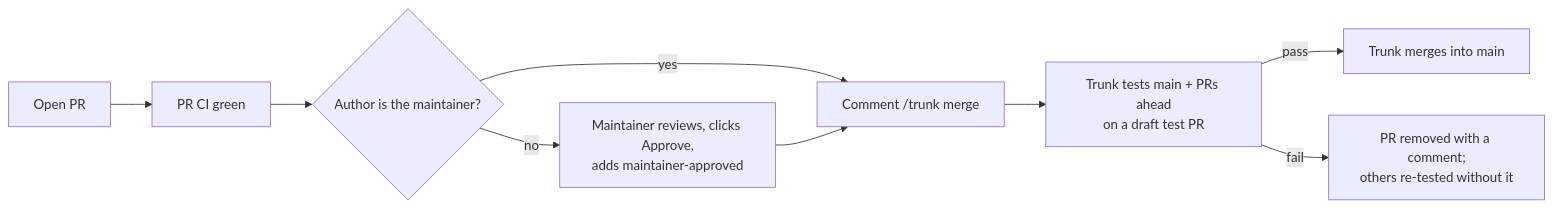
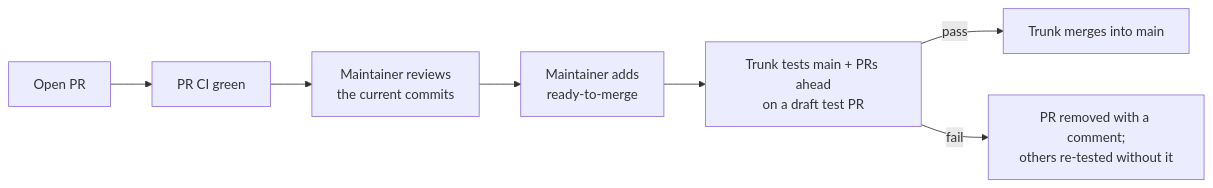
One commit to arceushui/pigloros changed the diagram in docs/merge-queue.md. Above: the diagram before and after it, drawn with Mermaid. The commit also changed other lines of this file and 5 other files, not shown here.

First line of the commit message:
[#476] Merge by maintainer label instead of an approval check

````diff
--- a/docs/merge-queue.md
+++ b/docs/merge-queue.md
@@ -10,11 +10,9 @@
 ```mermaid
 flowchart LR
     A["Open PR"] --> B["PR CI green"]
-    B --> C{"Author is the maintainer?"}
-    C -- yes --> E["Comment /trunk merge"]
-    C -- no --> D["Maintainer reviews, clicks Approve,<br/>adds maintainer-approved"]
-    D --> E
-    E --> F["Trunk tests main + PRs ahead<br/>on a draft test PR"]
+    B --> C["Maintainer reviews<br/>the current commits"]
+    C --> D["Maintainer adds<br/>ready-to-merge"]
+    D --> F["Trunk tests main + PRs ahead<br/>on a draft test PR"]
     F -- pass --> G["Trunk merges into main"]
     F -- fail --> H["PR removed with a comment;<br/>others re-tested without it"]
 ```
````
